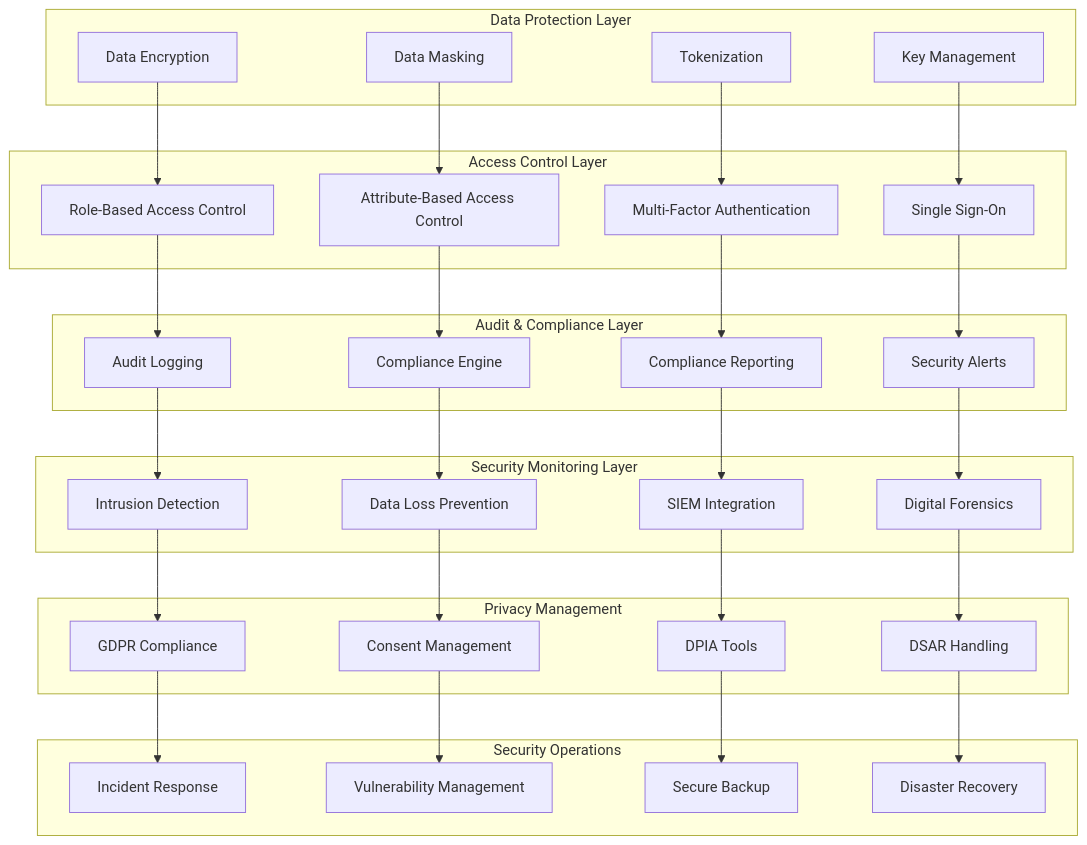
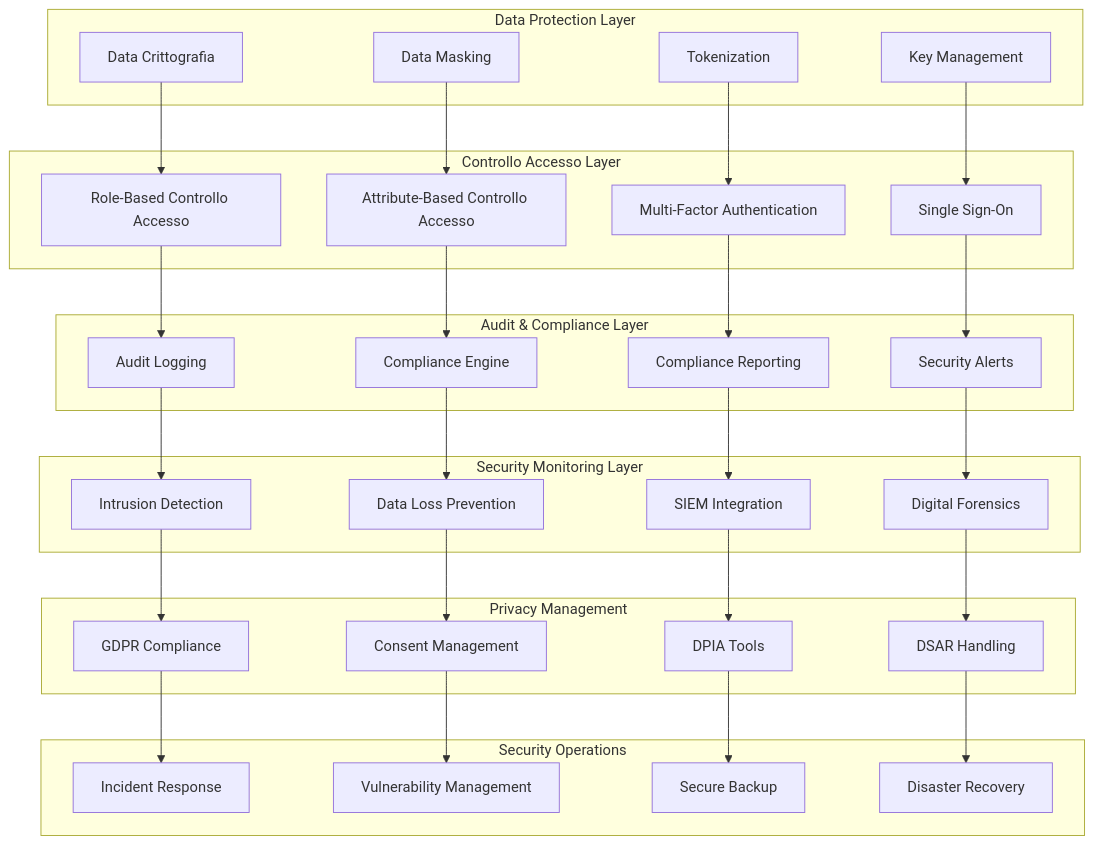
One commit to gianlucaciarcelluti/Interzen.ZenIA changed the diagram in docs/use_cases/UC11 - Analisi Dati e Reporting/01 SP66 - Sicurezza Dati e Conformità.md. Above: the diagram before and after it, drawn with Mermaid. The commit also changed other lines of this file and 73 other files, not shown here.

````diff
--- a/docs/use_cases/UC11 - Analisi Dati e Reporting/01 SP66 - Sicurezza Dati e Conformità.md
+++ b/docs/use_cases/UC11 - Analisi Dati e Reporting/01 SP66 - Sicurezza Dati e Conformità.md
@@ -18,65 +18,65 @@
 ```mermaid
 graph TB
     subgraph "Data Protection Layer"
-        ENCRYPTION[Data Encryption]
+        ENCRYPTION[Data Crittografia]
         MASKING[Data Masking]
         TOKENIZATION[Tokenization]
         KEYMGMT[Key Management]
     end
 
-    subgraph "Access Control Layer"
-        RBAC[Role-Based Access Control]
-        ABAC[Attribute-Based Access Control]
+    subgraph "Controllo Accesso Layer"
+        RBAC[Role-Based Controllo Accesso]
+        ABAC[Attribute-Based Controllo Accesso]
         MFA[Multi-Factor Authentication]
         SSO[Single Sign-On]
     end
 
     subgraph "Audit & Compliance Layer"
         AUDITLOG[Audit Logging]
         COMPLIANCE[Compliance Engine]
         REPORTING[Compliance Reporting]
         ALERTS[Security Alerts]
     end
 
     subgraph "Security Monitoring Layer"
         IDS[Intrusion Detection]
         DLP[Data Loss Prevention]
         SIEM[SIEM Integration]
         FORENSICS[Digital Forensics]
     end
 
     subgraph "Privacy Management"
         GDPR[GDPR Compliance]
         CONSENT[Consent Management]
         DPIA[DPIA Tools]
         DSAR[DSAR Handling]
     end
 
     subgraph "Security Operations"
         INCIDENT[Incident Response]
         VULNERABILITY[Vulnerability Management]
         BACKUP[Secure Backup]
         RECOVERY[Disaster Recovery]
     end
 
     ENCRYPTION --> RBAC
     MASKING --> ABAC
     TOKENIZATION --> MFA
     KEYMGMT --> SSO
     RBAC --> AUDITLOG
     ABAC --> COMPLIANCE
     MFA --> REPORTING
     SSO --> ALERTS
     AUDITLOG --> IDS
     COMPLIANCE --> DLP
     REPORTING --> SIEM
     ALERTS --> FORENSICS
     IDS --> GDPR
     DLP --> CONSENT
     SIEM --> DPIA
     FORENSICS --> DSAR
     GDPR --> INCIDENT
     CONSENT --> VULNERABILITY
     DPIA --> BACKUP
     DSAR --> RECOVERY
 ```
````
